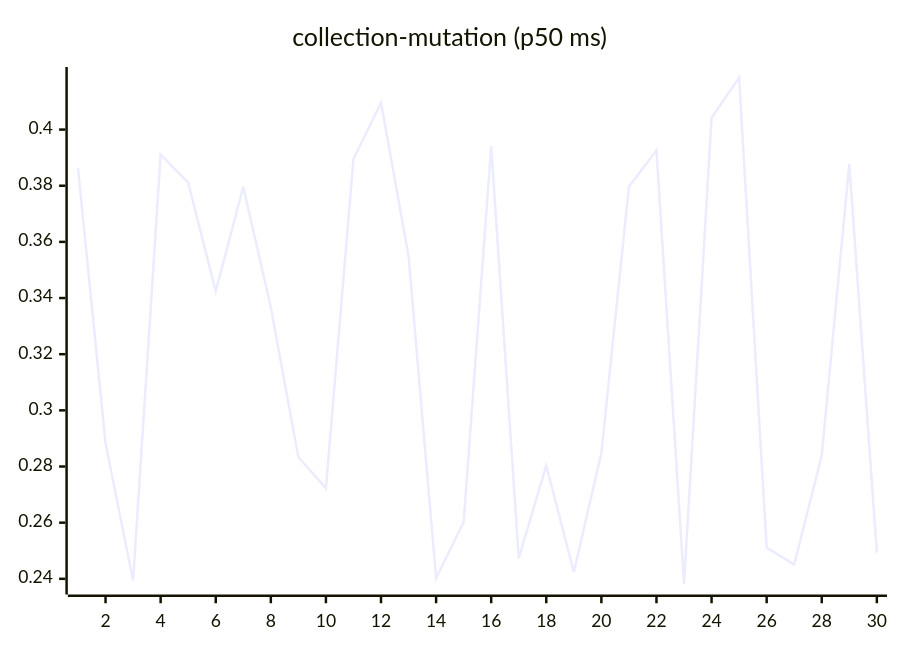
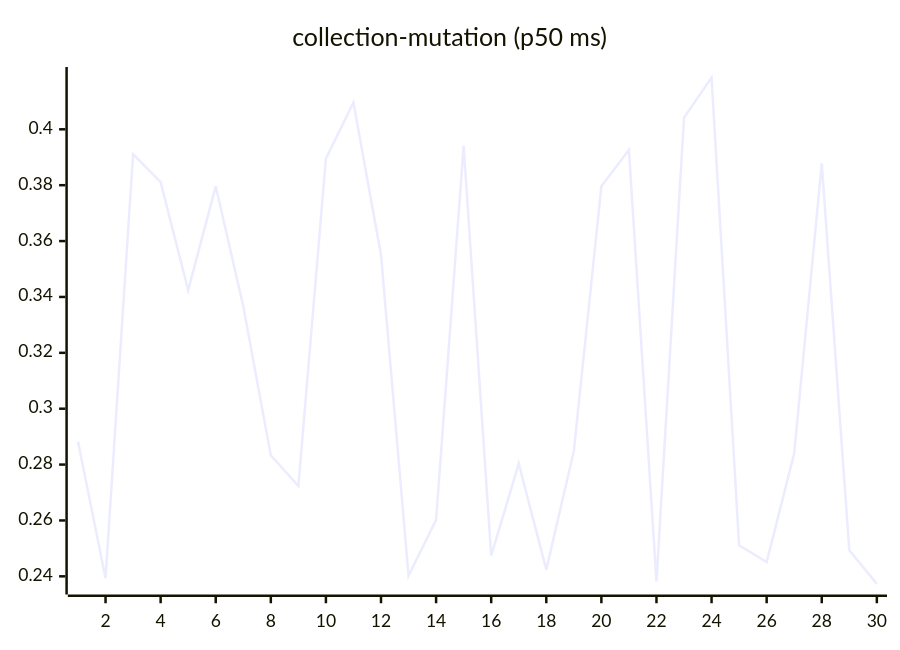
Before and after one commit to josha/Facet: the sixth of 27 diagrams in README.md, drawn with Mermaid. The commit also changed other lines of this file and 2 other files, not shown here.

````diff
--- a/README.md
+++ b/README.md
@@ -98,6 +98,6 @@
 ```mermaid
 xychart-beta
     title "collection-mutation (p50 ms)"
     x-axis 1 --> 30
-    line [0.3863, 0.2883, 0.2393, 0.3911, 0.3811, 0.3424, 0.3796, 0.3367, 0.2833, 0.2723, 0.3895, 0.4096, 0.3550, 0.2402, 0.2602, 0.3941, 0.2474, 0.2803, 0.2424, 0.2848, 0.3796, 0.3926, 0.2382, 0.4042, 0.4185, 0.2511, 0.2451, 0.2840, 0.3878, 0.2493]
+    line [0.2883, 0.2393, 0.3911, 0.3811, 0.3424, 0.3796, 0.3367, 0.2833, 0.2723, 0.3895, 0.4096, 0.3550, 0.2402, 0.2602, 0.3941, 0.2474, 0.2803, 0.2424, 0.2848, 0.3796, 0.3926, 0.2382, 0.4042, 0.4185, 0.2511, 0.2451, 0.2840, 0.3878, 0.2493, 0.2373]
 ```
````
